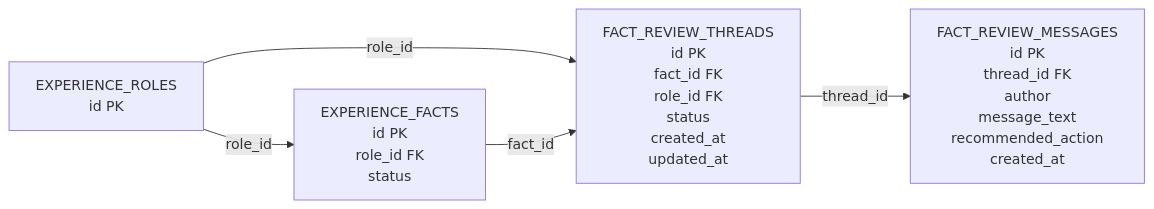
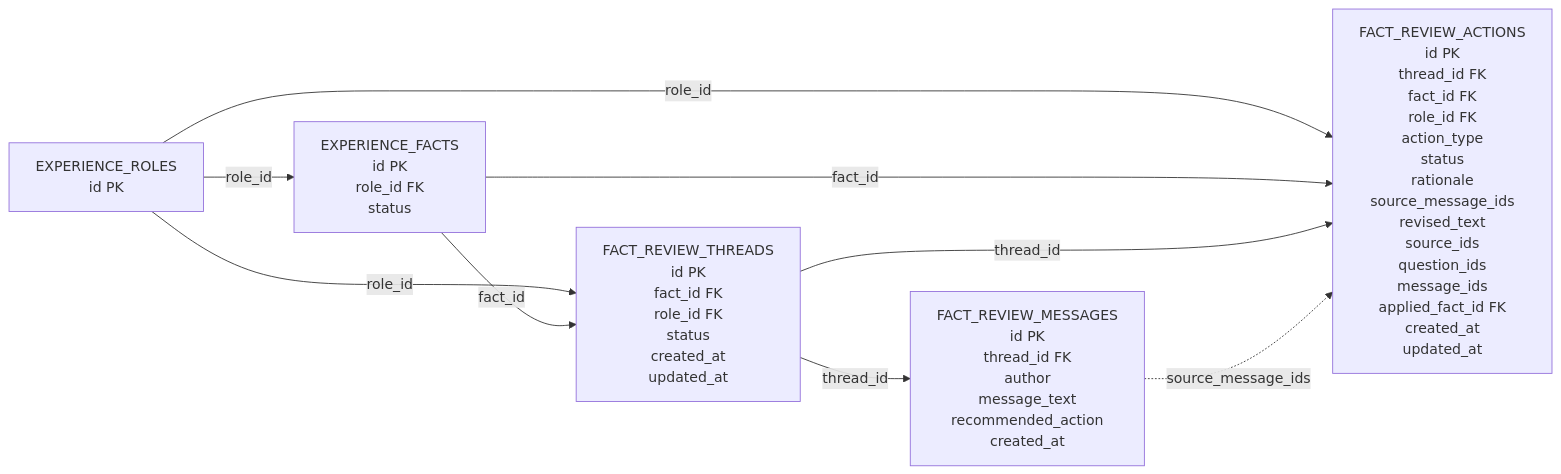
Before and after one commit to rsauers0/career-agent: the second of 4 diagrams in docs/er-diagram.md, drawn with Mermaid. The commit also changed other lines of this file and 18 other files, not shown here.

First line of the commit message:
Add fact review action workflow

````diff
--- a/docs/er-diagram.md
+++ b/docs/er-diagram.md
@@ -33,15 +33,21 @@
 ```mermaid
 flowchart LR
     Roles["EXPERIENCE_ROLES<br/>id PK"]
 
     Facts["EXPERIENCE_FACTS<br/>id PK<br/>role_id FK<br/>status"]
 
     Threads["FACT_REVIEW_THREADS<br/>id PK<br/>fact_id FK<br/>role_id FK<br/>status<br/>created_at<br/>updated_at"]
 
     Messages["FACT_REVIEW_MESSAGES<br/>id PK<br/>thread_id FK<br/>author<br/>message_text<br/>recommended_action<br/>created_at"]
 
+    Actions["FACT_REVIEW_ACTIONS<br/>id PK<br/>thread_id FK<br/>fact_id FK<br/>role_id FK<br/>action_type<br/>status<br/>rationale<br/>source_message_ids<br/>revised_text<br/>source_ids<br/>question_ids<br/>message_ids<br/>applied_fact_id FK<br/>created_at<br/>updated_at"]
+
     Roles -->|"role_id"| Facts
     Roles -->|"role_id"| Threads
+    Roles -->|"role_id"| Actions
     Facts -->|"fact_id"| Threads
+    Facts -->|"fact_id"| Actions
     Threads -->|"thread_id"| Messages
+    Threads -->|"thread_id"| Actions
+    Messages -. "source_message_ids" .-> Actions
 ```
````
